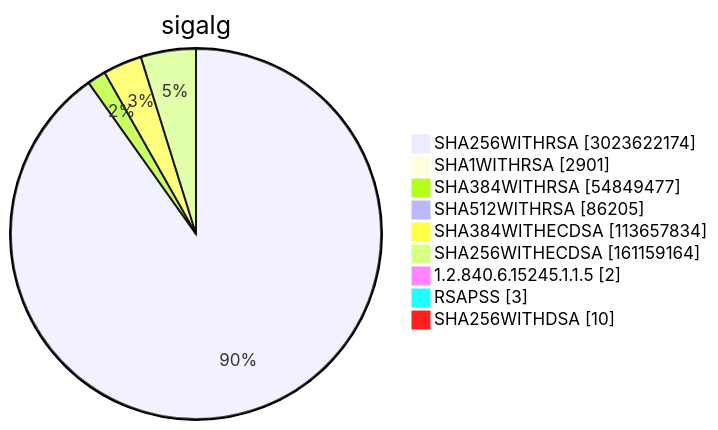
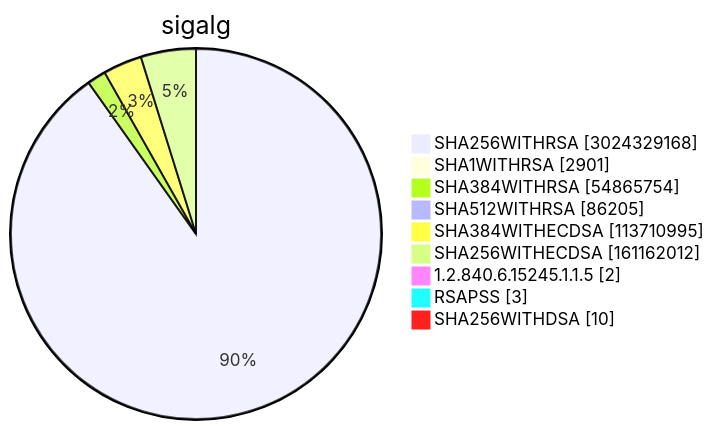
One commit to christiankrug/ctmonitor_visualization changed diagram 15 of 15 in TOTAL/README.md. Above: the diagram before and after it, drawn with Mermaid. The commit also changed other lines of this file, not shown here.

````diff
--- a/TOTAL/README.md
+++ b/TOTAL/README.md
@@ -6208,13 +6208,13 @@
 ```mermaid
 pie showData
 title sigalg
-"SHA256WITHRSA" :3023622174
+"SHA256WITHRSA" :3024329168
 "SHA1WITHRSA" :2901
-"SHA384WITHRSA" :54849477
+"SHA384WITHRSA" :54865754
 "SHA512WITHRSA" :86205
-"SHA384WITHECDSA" :113657834
-"SHA256WITHECDSA" :161159164
+"SHA384WITHECDSA" :113710995
+"SHA256WITHECDSA" :161162012
 "1.2.840.6.15245.1.1.5" :2
 "RSAPSS" :3
 "SHA256WITHDSA" :10
 ```
````
